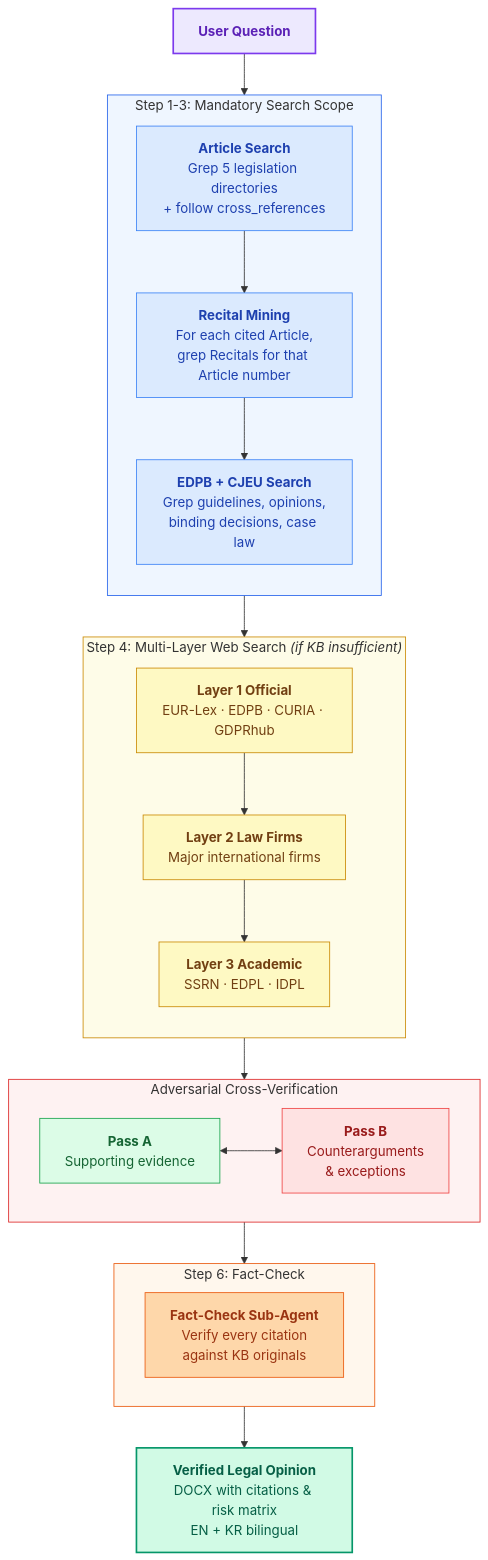
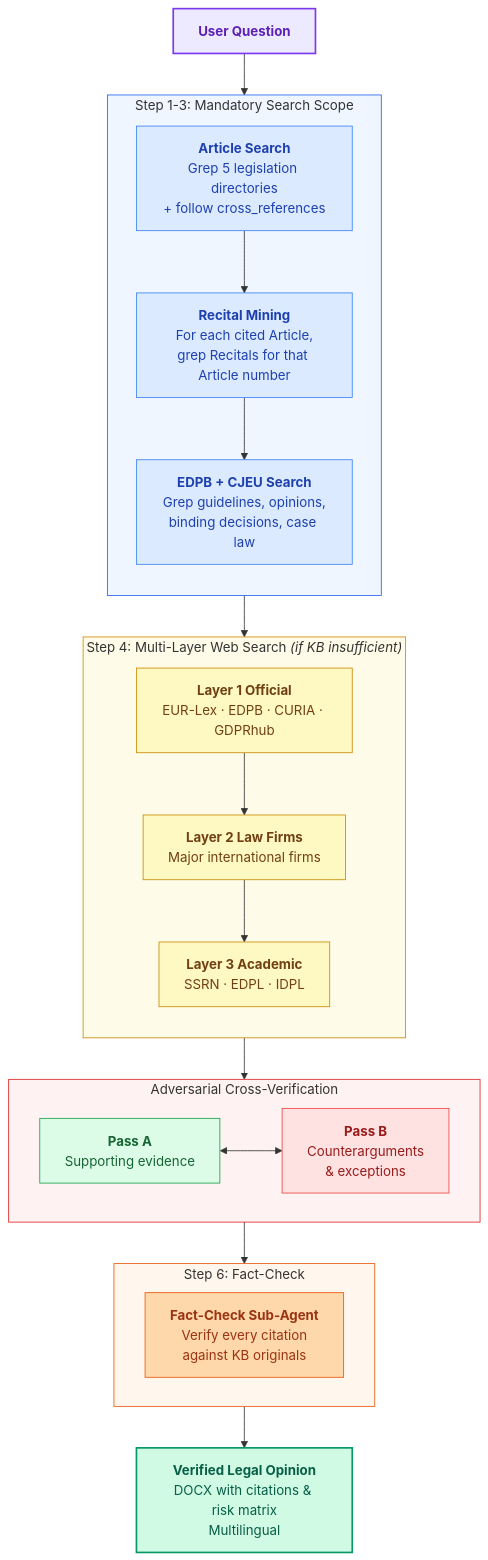
Before and after one commit to lowtidebuild/GDPR-expert: the third of 3 diagrams in README.md, drawn with Mermaid. The commit also changed other lines of this file and 60 other files, not shown here.

````diff
--- a/README.md
+++ b/README.md
@@ -271,55 +271,55 @@
 ```mermaid
 flowchart TD
     Q["<b>User Question</b>"]
 
     subgraph kb["Step 1-3: Mandatory Search Scope"]
         direction TB
         S1["<b>Article Search</b><br/>Grep 5 legislation directories<br/>+ follow cross_references"]
         S2["<b>Recital Mining</b><br/>For each cited Article,<br/>grep Recitals for that Article number"]
         S3["<b>EDPB + CJEU Search</b><br/>Grep guidelines, opinions,<br/>binding decisions, case law"]
         S1 --> S2 --> S3
     end
 
     subgraph web["Step 4: Multi-Layer Web Search <i>(if KB insufficient)</i>"]
         direction TB
         L1["<b>Layer 1 Official</b><br/>EUR-Lex · EDPB · CURIA · GDPRhub"]
         L2["<b>Layer 2 Law Firms</b><br/>Major international firms"]
         L3["<b>Layer 3 Academic</b><br/>SSRN · EDPL · IDPL"]
         L1 --> L2 --> L3
     end
 
     subgraph verify["Adversarial Cross-Verification"]
         direction LR
         PA["<b>Pass A</b><br/>Supporting evidence"]
         PB["<b>Pass B</b><br/>Counterarguments<br/>& exceptions"]
         PA <--> PB
     end
 
     subgraph fc["Step 6: Fact-Check"]
         FC["<b>Fact-Check Sub-Agent</b><br/>Verify every citation<br/>against KB originals"]
     end
 
-    O["<b>Verified Legal Opinion</b><br/>DOCX with citations & risk matrix<br/>EN + KR bilingual"]
+    O["<b>Verified Legal Opinion</b><br/>DOCX with citations & risk matrix<br/>Multilingual"]
 
     Q --> kb
     kb --> web
     web --> verify
     verify --> fc
     fc --> O
 
     style Q fill:#ede9fe,stroke:#7c3aed,stroke-width:2px,color:#5b21b6
     style kb fill:#eff6ff,stroke:#2563eb,stroke-width:1px
     style web fill:#fefce8,stroke:#ca8a04,stroke-width:1px
     style verify fill:#fef2f2,stroke:#dc2626,stroke-width:1px
     style fc fill:#fff7ed,stroke:#ea580c,stroke-width:1px
     style FC fill:#fed7aa,stroke:#ea580c,color:#9a3412
     style O fill:#d1fae5,stroke:#059669,stroke-width:2px,color:#065f46
     style S1 fill:#dbeafe,stroke:#3b82f6,color:#1e40af
     style S2 fill:#dbeafe,stroke:#3b82f6,color:#1e40af
     style S3 fill:#dbeafe,stroke:#3b82f6,color:#1e40af
     style L1 fill:#fef9c3,stroke:#ca8a04,color:#713f12
     style L2 fill:#fef9c3,stroke:#ca8a04,color:#713f12
     style L3 fill:#fef9c3,stroke:#ca8a04,color:#713f12
     style PA fill:#dcfce7,stroke:#16a34a,color:#166534
     style PB fill:#fee2e2,stroke:#ef4444,color:#991b1b
 ```
````
